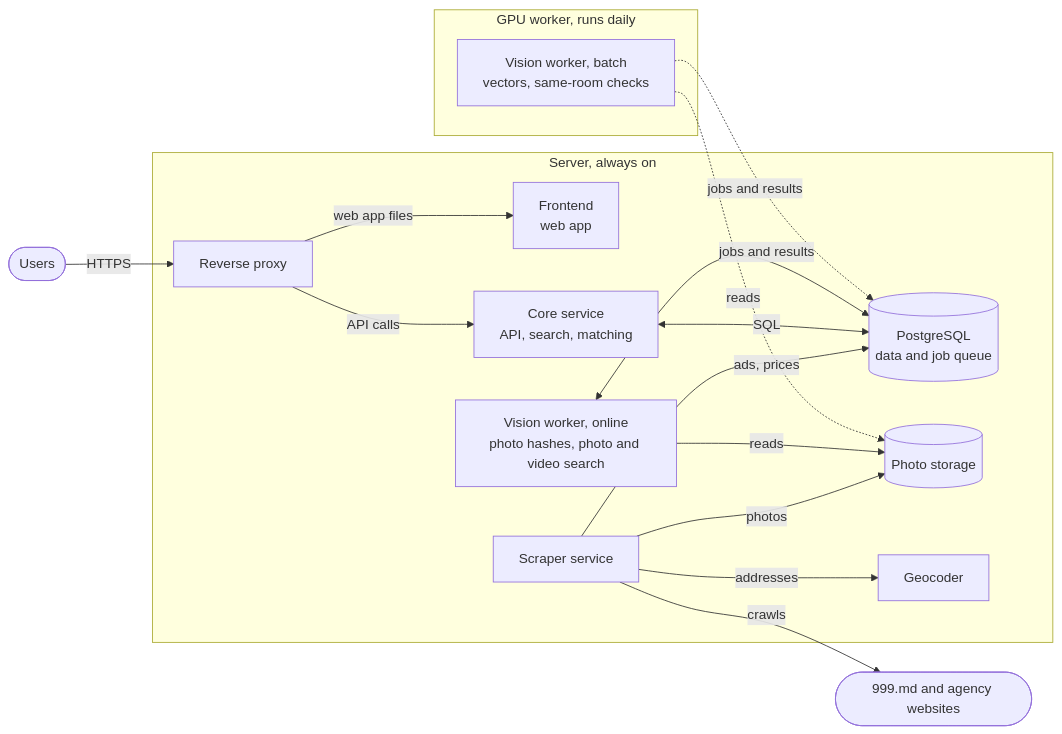
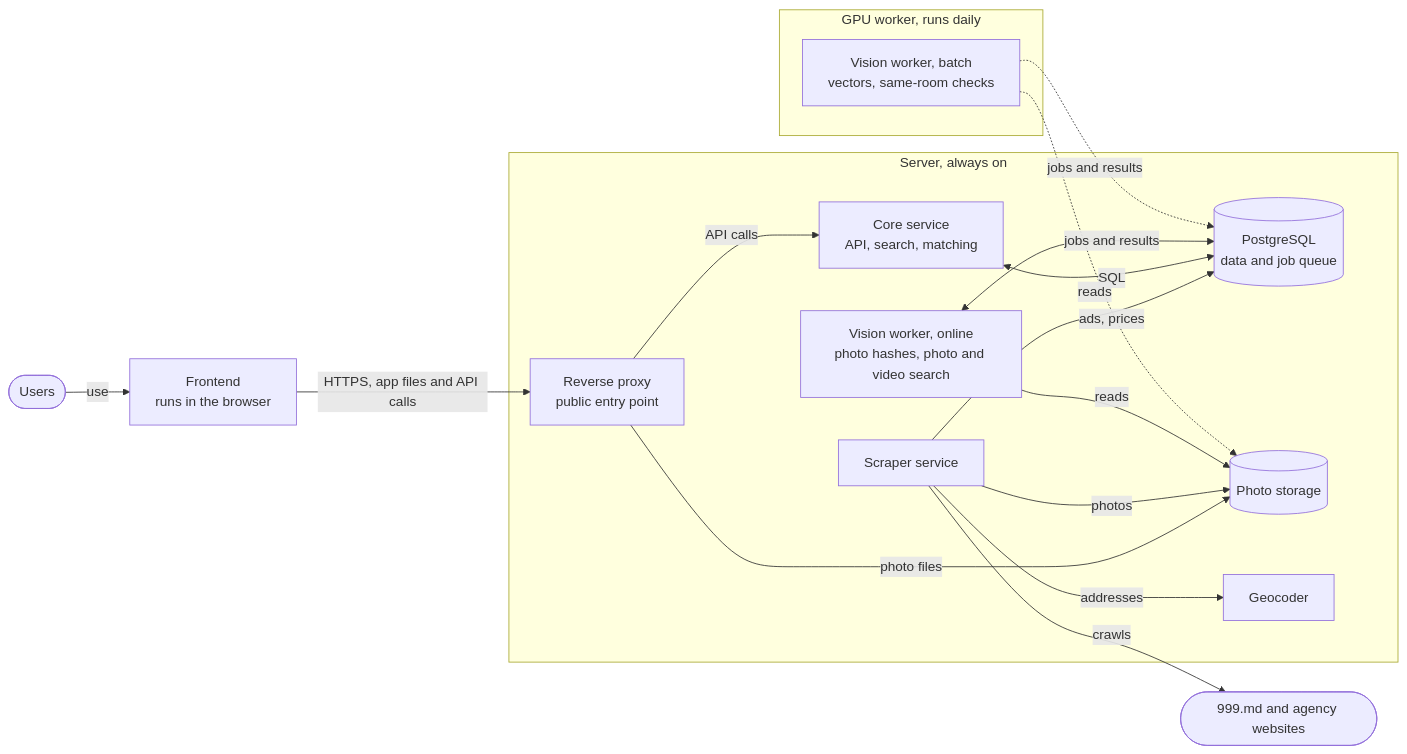
The diagram in README.md (mcittkmims/apartment-lens), drawn with Mermaid before and after one commit. The commit also changed other lines of this file, not shown here.

Commit message:
Show the frontend running in the browser and the reverse proxy as the entry pointClaude-Session: https://claude.ai/code/session_017Dt9DBNnQxbeH2nxV5Xm2r

````diff
--- a/README.md
+++ b/README.md
@@ -26,33 +26,34 @@
 ```mermaid
 flowchart LR
     users([Users])
+    frontend["Frontend<br/>runs in the browser"]
     sources([999.md and agency websites])
 
     subgraph server["Server, always on"]
-        proxy["Reverse proxy"]
-        frontend["Frontend<br/>web app"]
+        proxy["Reverse proxy<br/>public entry point"]
         core["Core service<br/>API, search, matching"]
         scraper["Scraper service"]
         db[("PostgreSQL<br/>data and job queue")]
         store[("Photo storage")]
         geo["Geocoder"]
         vonline["Vision worker, online<br/>photo hashes, photo and video search"]
     end
 
     subgraph gpu["GPU worker, runs daily"]
         vbatch["Vision worker, batch<br/>vectors, same-room checks"]
     end
 
-    users -->|HTTPS| proxy
-    proxy -->|web app files| frontend
+    users -->|use| frontend
+    frontend -->|HTTPS, app files and API calls| proxy
     proxy -->|API calls| core
+    proxy -->|photo files| store
     scraper -->|crawls| sources
     scraper -->|ads, prices| db
     scraper -->|photos| store
     scraper -->|addresses| geo
     core <-->|SQL| db
     vonline <-->|jobs and results| db
     vonline -->|reads| store
     vbatch -.->|jobs and results| db
     vbatch -.->|reads| store
 ```
````
